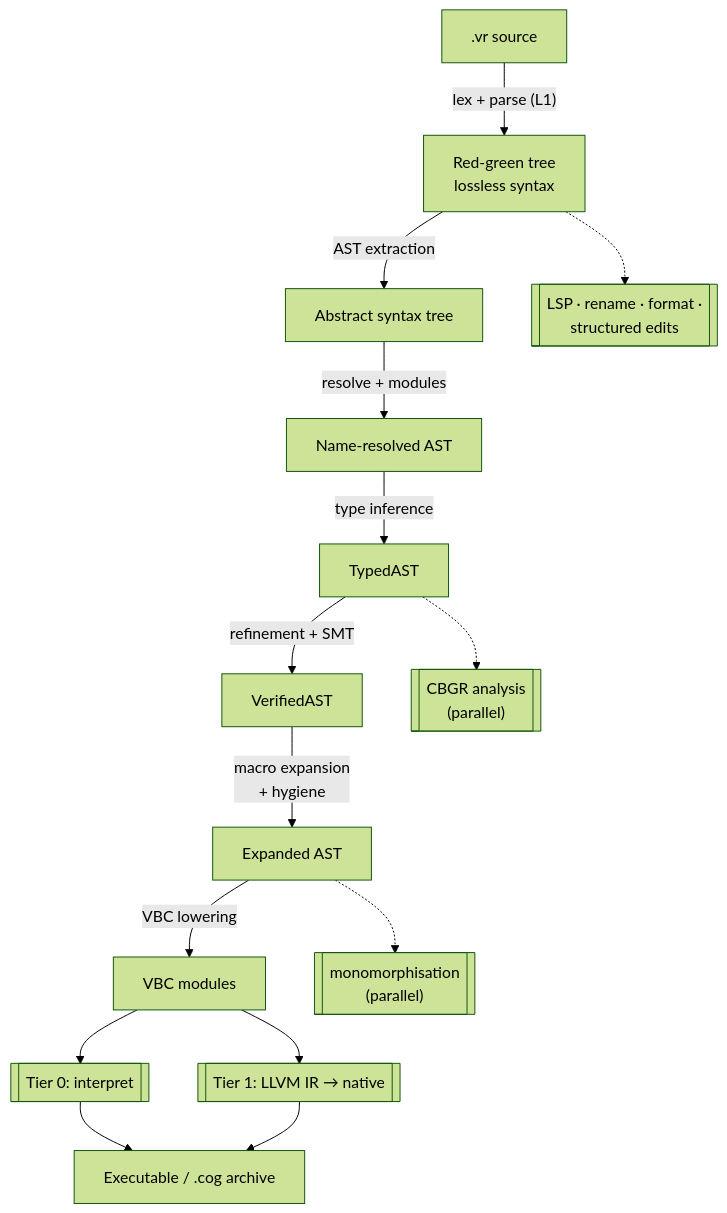
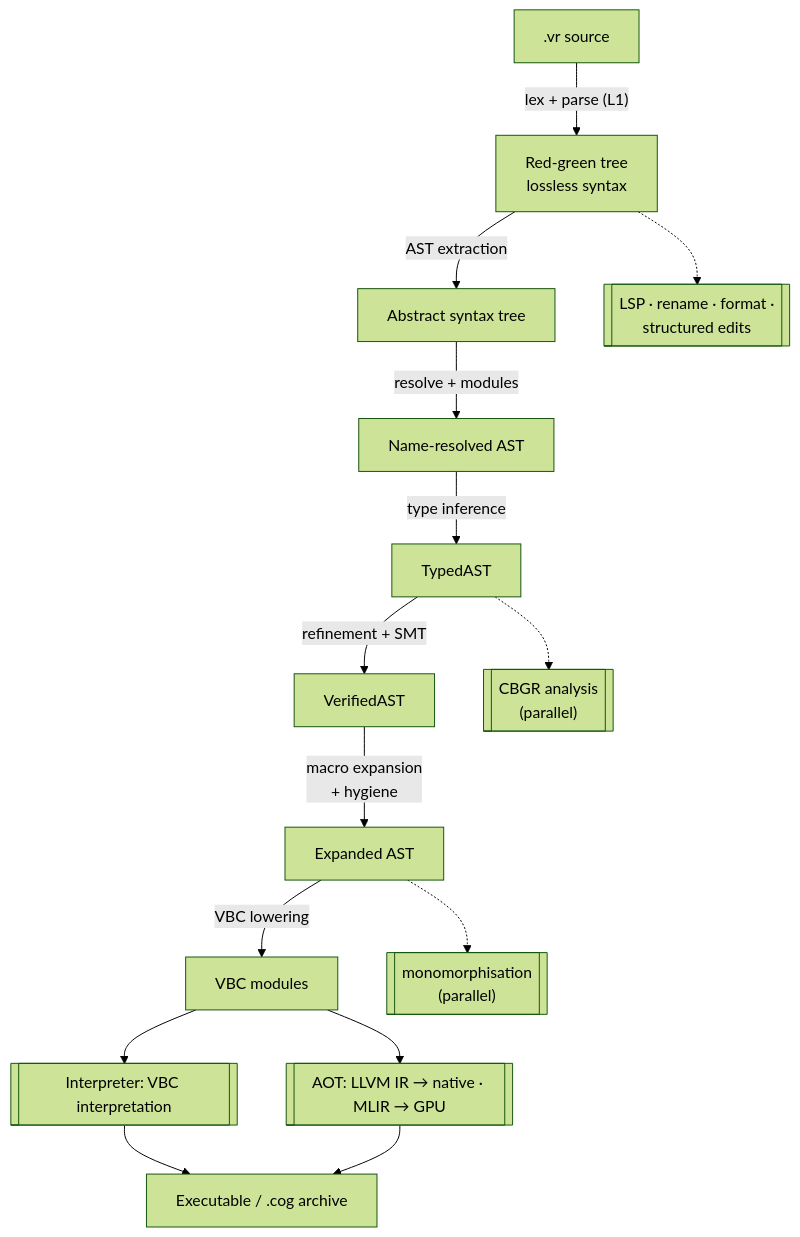
Before and after one commit to verum-lang/website: the third of 3 diagrams in docs/architecture/overview.md, drawn with Mermaid (forest theme). The commit also changed 10 other files, not shown here.

````diff
--- a/docs/architecture/overview.md
+++ b/docs/architecture/overview.md
@@ -222,32 +222,32 @@
 ```mermaid
 flowchart TD
     SRC[".vr source"]
     RG["Red-green tree<br/>lossless syntax"]
     AST["Abstract syntax tree"]
     NR["Name-resolved AST"]
     TA[TypedAST]
     VA[VerifiedAST]
     EA["Expanded AST"]
     VBC["VBC modules"]
     OUT["Executable / .cog archive"]
     LSP[["LSP · rename · format ·<br/>structured edits"]]
     CBGR[["CBGR analysis<br/>(parallel)"]]
     MONO[["monomorphisation<br/>(parallel)"]]
-    T0[["Tier 0: interpret"]]
-    T1[["Tier 1: LLVM IR → native"]]
+    T0[["Interpreter: VBC interpretation"]]
+    T1[["AOT: LLVM IR → native · MLIR → GPU"]]
 
     SRC -- "lex + parse (L1)" --> RG
     RG -- "AST extraction" --> AST
     RG -.-> LSP
     AST -- "resolve + modules" --> NR
     NR -- "type inference" --> TA
     TA -.-> CBGR
     TA -- "refinement + SMT" --> VA
     VA -- "macro expansion<br/>+ hygiene" --> EA
     EA -.-> MONO
     EA -- "VBC lowering" --> VBC
     VBC --> T0
     VBC --> T1
     T0 --> OUT
     T1 --> OUT
 ```
````
